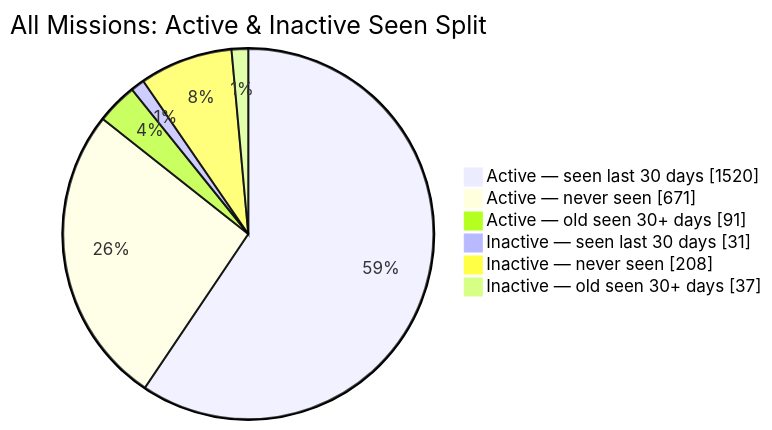
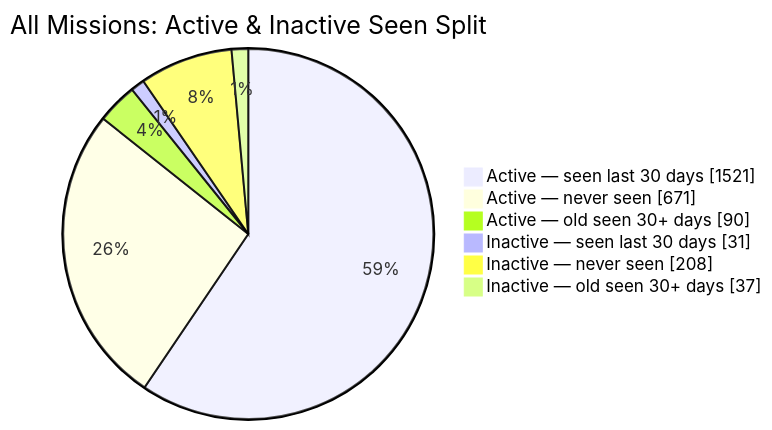
One commit to MeldkamerspelGameTeam/active-missions changed the second of 2 diagrams in README.md. Above: the diagram before and after it, drawn with Mermaid. The commit also changed other lines of this file and 2 other files, not shown here.

````diff
--- a/README.md
+++ b/README.md
@@ -44,10 +44,10 @@
 ```mermaid
 pie showData
     title All Missions: Active & Inactive Seen Split
-    "Active — seen last 30 days" : 1520
+    "Active — seen last 30 days" : 1521
     "Active — never seen" : 671
-    "Active — old seen 30+ days" : 91
+    "Active — old seen 30+ days" : 90
     "Inactive — seen last 30 days" : 31
     "Inactive — never seen" : 208
     "Inactive — old seen 30+ days" : 37
 ```
````
